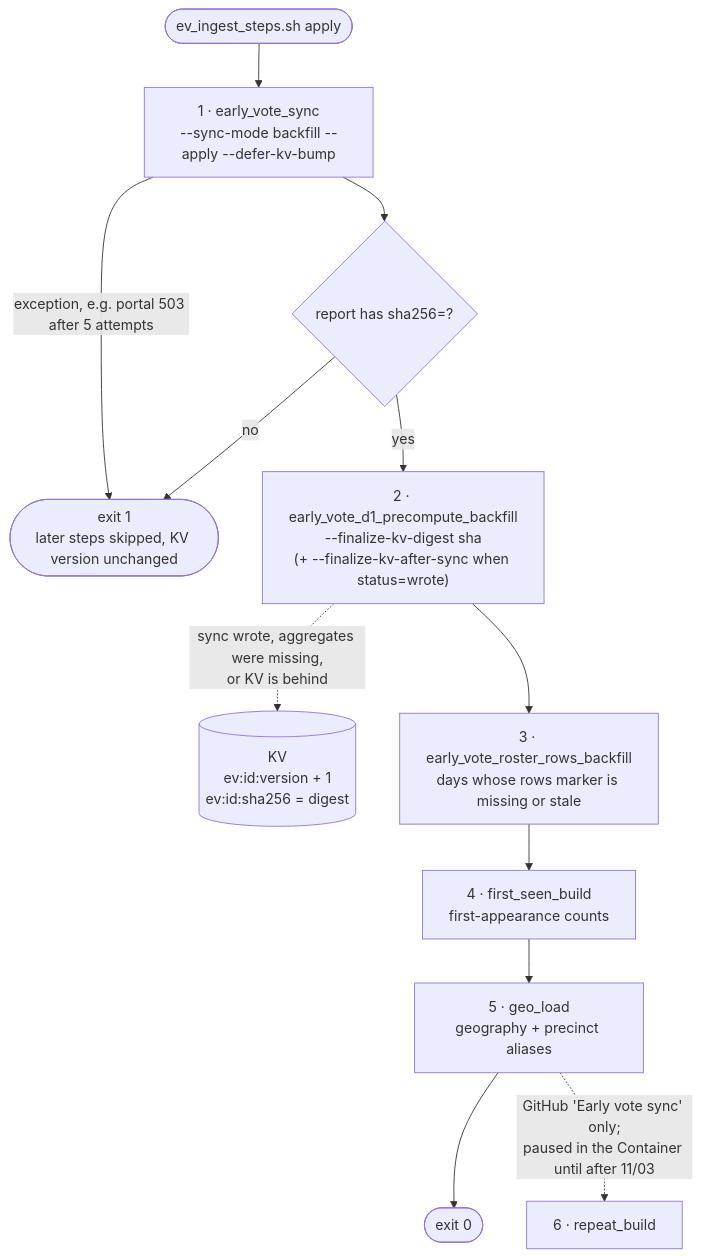
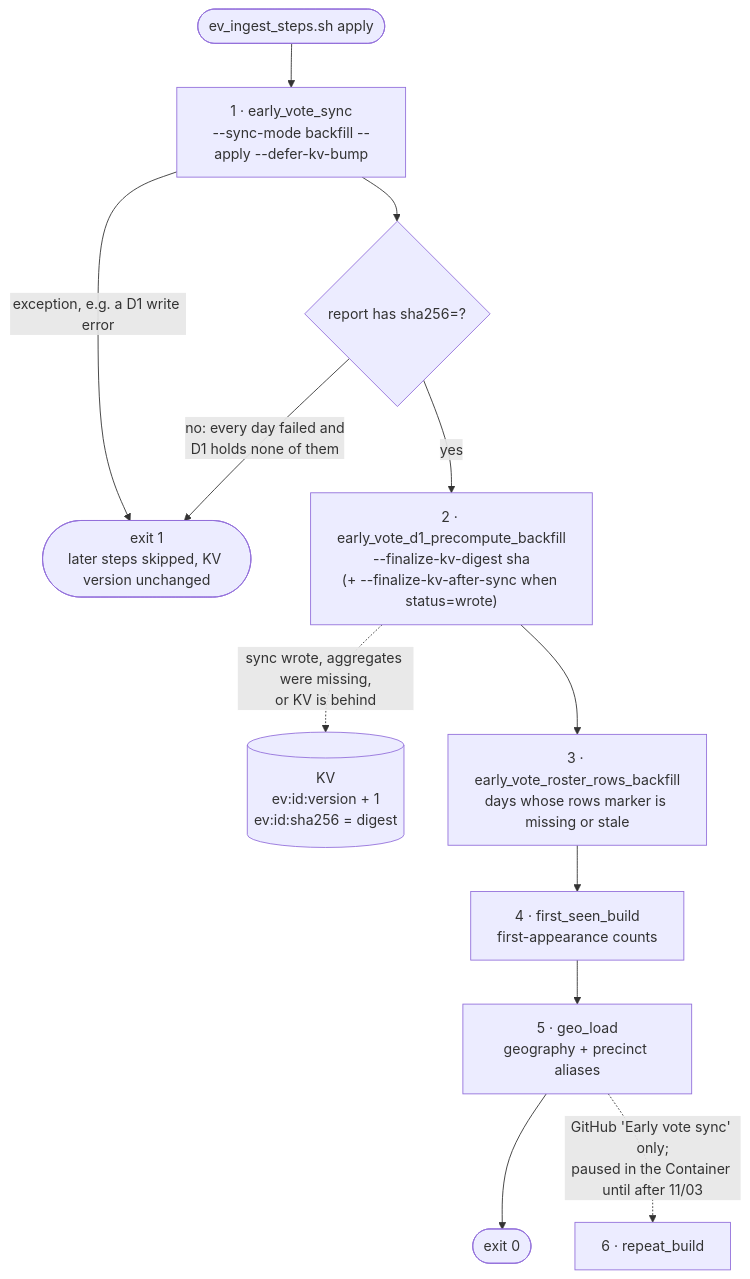
Before and after one commit to Abstract-Data/texas-turnout-scraper: the third of 11 diagrams in README.md, drawn with Mermaid. The commit also changed other lines of this file and 14 other files, not shown here.

First line of the commit message:
fix(ev-ingest): skip a day the portal refuses and publish the rest

````diff
--- a/README.md
+++ b/README.md
@@ -252,14 +256,14 @@
 ```mermaid
 flowchart TD
     start(["ev_ingest_steps.sh apply"]) --> sync["1 · early_vote_sync<br/>--sync-mode backfill --apply --defer-kv-bump"]
-    sync -->|"exception, e.g. portal 503 after 5 attempts"| fail(["exit 1<br/>later steps skipped, KV version unchanged"])
+    sync -->|"exception, e.g. a D1 write error"| fail(["exit 1<br/>later steps skipped, KV version unchanged"])
     sync --> sha{"report has sha256=?"}
-    sha -->|no| fail
+    sha -->|"no: every day failed and<br/>D1 holds none of them"| fail
     sha -->|yes| pre["2 · early_vote_d1_precompute_backfill<br/>--finalize-kv-digest sha<br/>(+ --finalize-kv-after-sync when status=wrote)"]
     pre -.->|"sync wrote, aggregates were missing,<br/>or KV is behind"| kv[("KV<br/>ev:id:version + 1<br/>ev:id:sha256 = digest")]
     pre --> rows["3 · early_vote_roster_rows_backfill<br/>days whose rows marker is missing or stale"]
     rows --> seen["4 · first_seen_build<br/>first-appearance counts"]
     seen --> geo["5 · geo_load<br/>geography + precinct aliases"]
     geo --> done(["exit 0"])
     geo -.->|"GitHub 'Early vote sync' only;<br/>paused in the Container until after 11/03"| rep["6 · repeat_build"]
 ```
````
